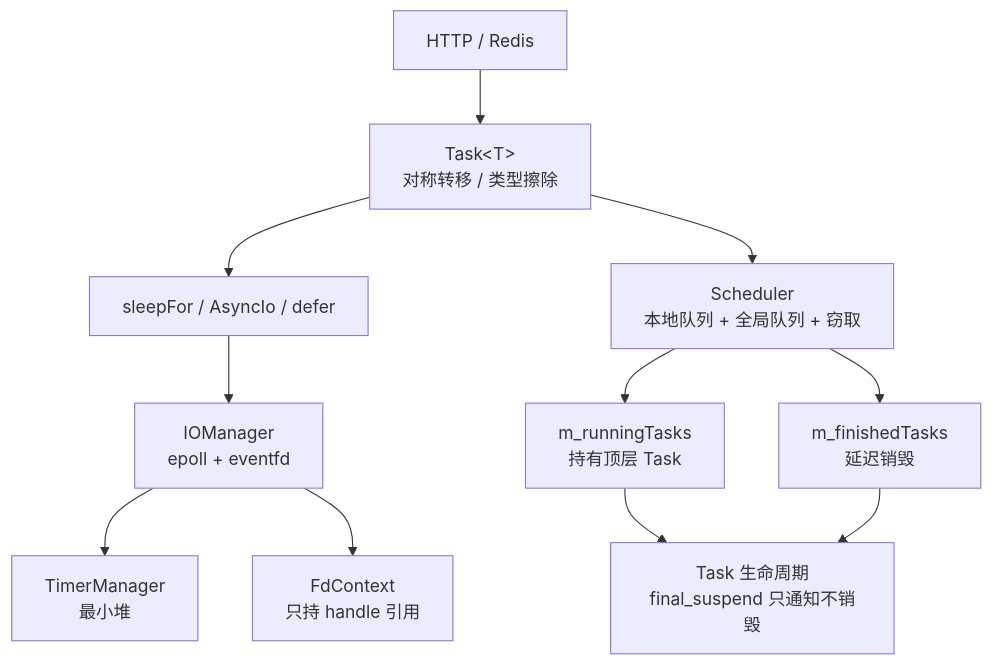
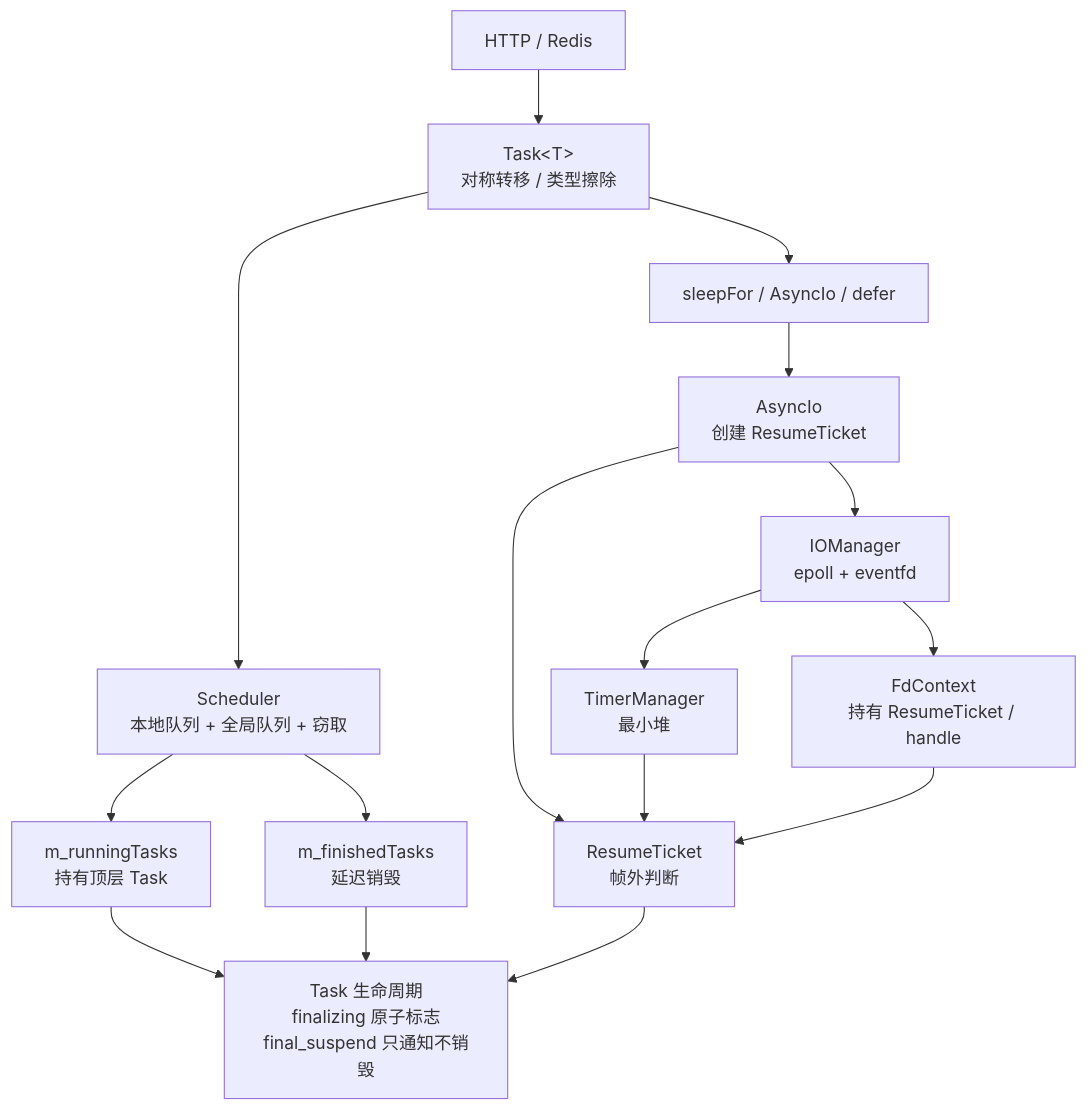
The first of 4 diagrams in README.md (computer-white/BlueRedis), drawn with Mermaid before and after one commit. The commit also changed other lines of this file and 2 other files, not shown here.

````diff
--- a/README.md
+++ b/README.md
@@ -23,13 +23,18 @@
 ```mermaid
 graph TD
     App["HTTP / Redis"] --> Task["Task&lt;T&gt;<br/>对称转移 / 类型擦除"]
     Task --> Awaiter["sleepFor / AsyncIo / defer"]
-    Awaiter --> IOM["IOManager<br/>epoll + eventfd"]
+    Awaiter --> AsyncIo["AsyncIo<br/>创建 ResumeTicket"]
+    AsyncIo --> RT["ResumeTicket<br/>帧外判断"]
+    AsyncIo --> IOM["IOManager<br/>epoll + eventfd"]
     Task --> Sched["Scheduler<br/>本地队列 + 全局队列 + 窃取"]
     Sched --> Own["m_runningTasks<br/>持有顶层 Task"]
     Sched --> Fin["m_finishedTasks<br/>延迟销毁"]
     IOM --> Timer["TimerManager<br/>最小堆"]
-    IOM --> Fd["FdContext<br/>只持 handle 引用"]
-    Own --> Life["Task 生命周期<br/>final_suspend 只通知不销毁"]
+    IOM --> Fd["FdContext<br/>持有 ResumeTicket / handle"]
+    Timer --> RT
+    Fd --> RT
+    Own --> Life["Task 生命周期<br/>finalizing 原子标志<br/>final_suspend 只通知不销毁"]
     Fin --> Life
+    RT --> Life
 ```
````
